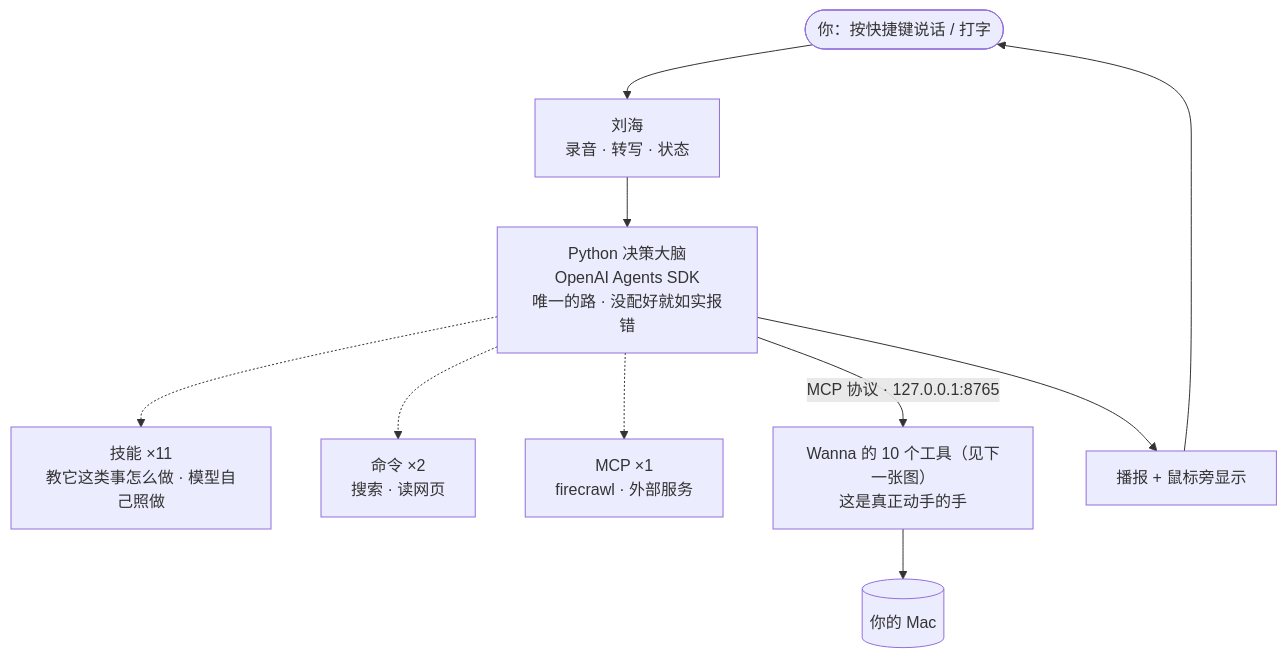
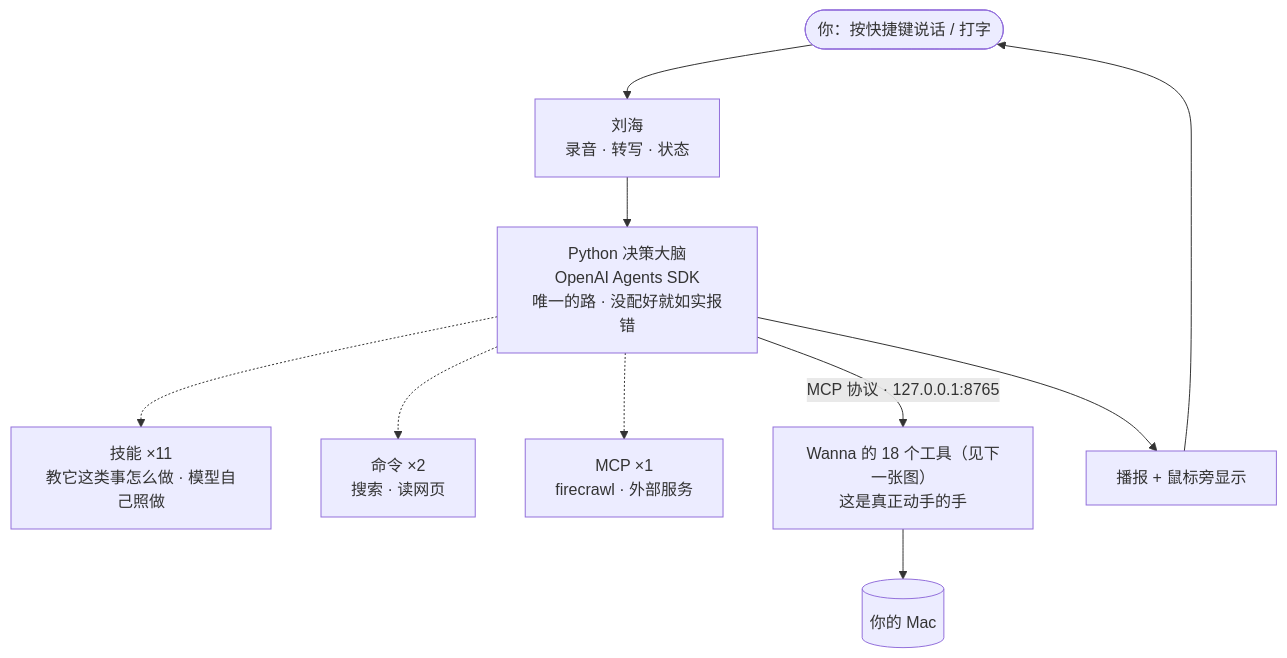
The first of 2 diagrams in 全局框架/00-项目全貌.md (nash-aigc/wanna), drawn with Mermaid before and after one commit. The commit also changed other lines of this file, not shown here.

First line of the commit message:
同步《项目全貌》：18 个工具 · 决策大脑已进仓库 · 技能加载的正确做法

````diff
--- a/全局框架/00-项目全貌.md
+++ b/全局框架/00-项目全貌.md
@@ -12,14 +12,14 @@
 ```mermaid
 flowchart TB
     U([你：按快捷键说话 / 打字]) --> N["刘海<br/>录音 · 转写 · 状态"]
     N --> P["Python 决策大脑<br/>OpenAI Agents SDK<br/>唯一的路 · 没配好就如实报错"]
 
     P -.-> C1["技能 ×11<br/>教它这类事怎么做 · 模型自己照做"]
     P -.-> C2["命令 ×2<br/>搜索 · 读网页"]
     P -.-> C3["MCP ×1<br/>firecrawl · 外部服务"]
 
-    P -->|MCP 协议 · 127.0.0.1:8765| H["Wanna 的 10 个工具（见下一张图）<br/>这是真正动手的手"]
+    P -->|MCP 协议 · 127.0.0.1:8765| H["Wanna 的 18 个工具（见下一张图）<br/>这是真正动手的手"]
     H --> MAC[(你的 Mac)]
     P --> R["播报 + 鼠标旁显示"]
     R --> U
 ```
````
